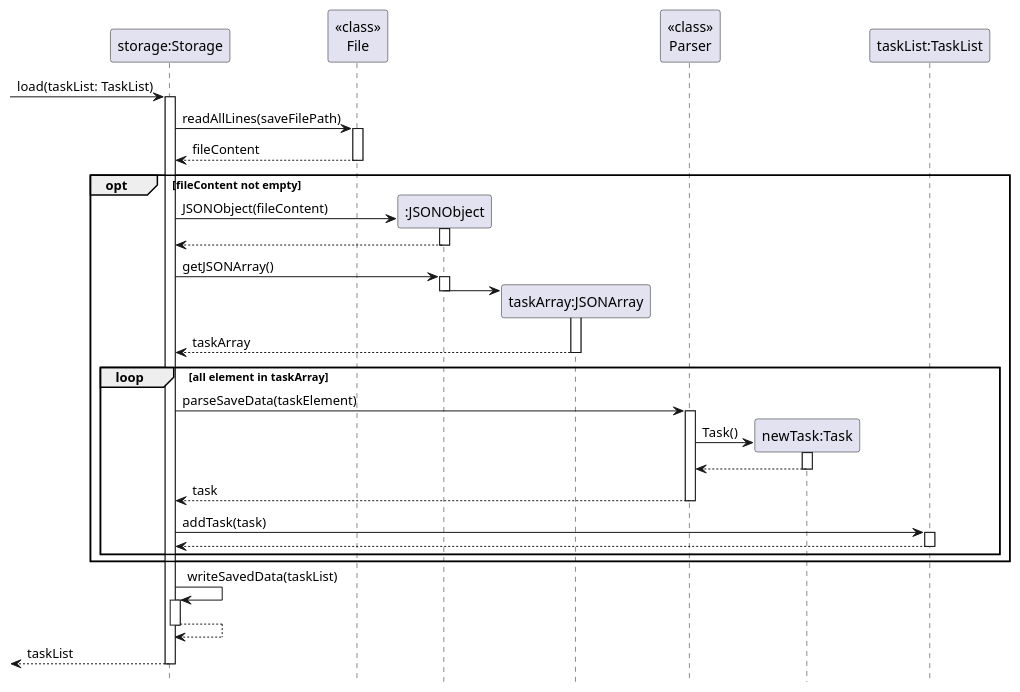
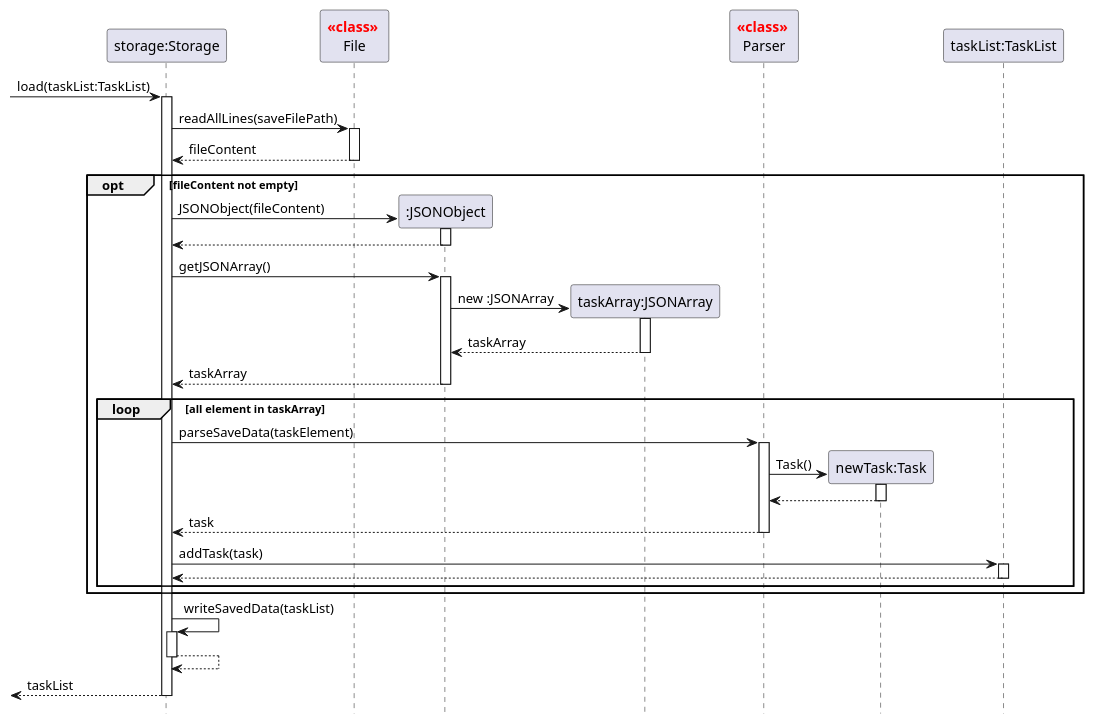
Before and after one commit to nus-cs2113-AY2122S2/tp: the diagram in docs/puml/StorageLoadSD.puml, drawn with PlantUML. The commit also changed 8 other files, not shown here.

Commit message:
Add colour to <<class>> header in sequence diagrams Fix activation bar issues in some sequence diagrams

```diff
--- a/docs/puml/StorageLoadSD.puml
+++ b/docs/puml/StorageLoadSD.puml
@@ -1,49 +1,51 @@
 @startuml
 'https://plantuml.com/sequence-diagram
 
 hide footbox
 participant Storage as "storage:Storage"
-participant File as "<<class>>\nFile"
+participant File as "<font color=red>**<<class>>** \nFile"
 participant JSONObject as ":JSONObject"
 participant JSONArray as "taskArray:JSONArray"
-participant Parser as "<<class>>\nParser"
+participant Parser as "<font color=red>**<<class>>** \nParser"
 participant Task as "newTask:Task"
 participant List as "taskList:TaskList"
 
-[-> Storage ++: load(taskList: TaskList)
+[-> Storage ++: load(taskList:TaskList)
 
 Storage -> File as "<<class>>\nFile" ++: readAllLines(saveFilePath)
 
 File --> Storage --: fileContent
 
 opt fileContent not empty
     create JSONObject
     Storage -> JSONObject ++: JSONObject(fileContent)
     JSONObject --> Storage --:
 
     Storage -> JSONObject ++:getJSONArray()
 
     create JSONArray
-    JSONObject -> JSONArray ++:
+    JSONObject -> JSONArray ++: new :JSONArray
+
+    JSONArray --> JSONObject --: taskArray
+    JSONObject --> Storage: taskArray
     deactivate JSONObject
 
-    JSONArray --> Storage --: taskArray
 
     loop all element in taskArray
         Storage -> Parser ++: parseSaveData(taskElement)
 
         create Task
         Parser -> Task ++: Task()
 
         Task --> Parser --
 
         Parser --> Storage --: task
 
         Storage -> List ++: addTask(task)
         List --> Storage --
     end
 end
 Storage -> Storage ++ : writeSavedData(taskList)
 Storage --> Storage --
 return taskList
 @enduml
```
